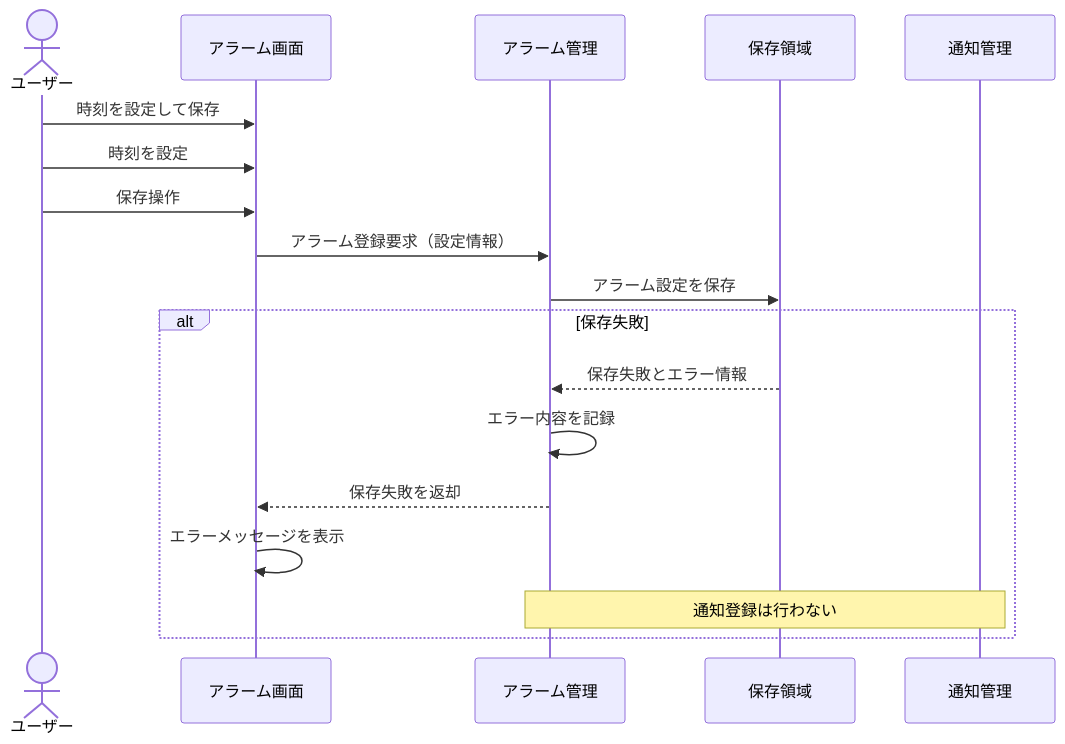
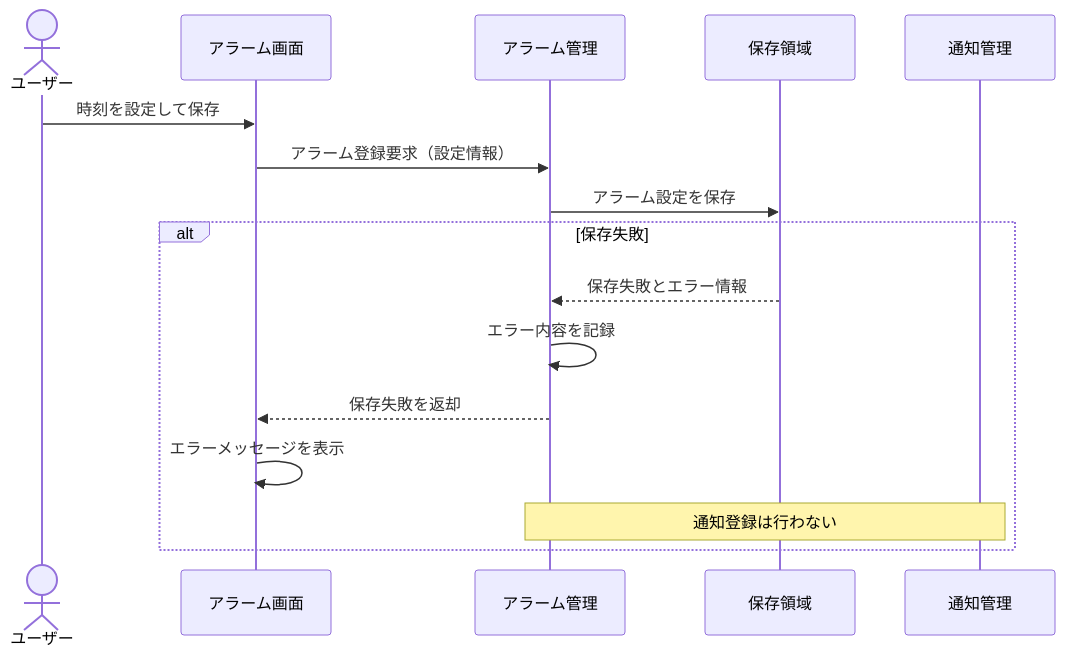
Before and after one commit to shun62201234-crypto/timerApplication: the second of 6 diagrams in document/設計/シーケンス図/アラームシーケンス図.md, drawn with Mermaid. The commit also changed other lines of this file and 2 other files, not shown here.

First line of the commit message:
シーケンス図を修正（共通・アラーム・タイマー）

````diff
--- a/document/設計/シーケンス図/アラームシーケンス図.md
+++ b/document/設計/シーケンス図/アラームシーケンス図.md
@@ -39,24 +41,22 @@
 ```mermaid
 sequenceDiagram
     actor User as ユーザー
     participant UI as アラーム画面
     participant Alarm as アラーム管理
     participant Storage as 保存領域
     participant Notify as 通知管理
 
     User->>UI: 時刻を設定して保存
-    User->>UI: 時刻を設定
-    User->>UI: 保存操作
 
     UI->>Alarm: アラーム登録要求（設定情報）
     Alarm->>Storage: アラーム設定を保存
 
     alt 保存失敗
         Storage-->>Alarm: 保存失敗とエラー情報
         Alarm->>Alarm: エラー内容を記録
         Alarm-->>UI: 保存失敗を返却
         UI->>UI: エラーメッセージを表示
 
         Note over Alarm,Notify: 通知登録は行わない
     end
 ```
````
